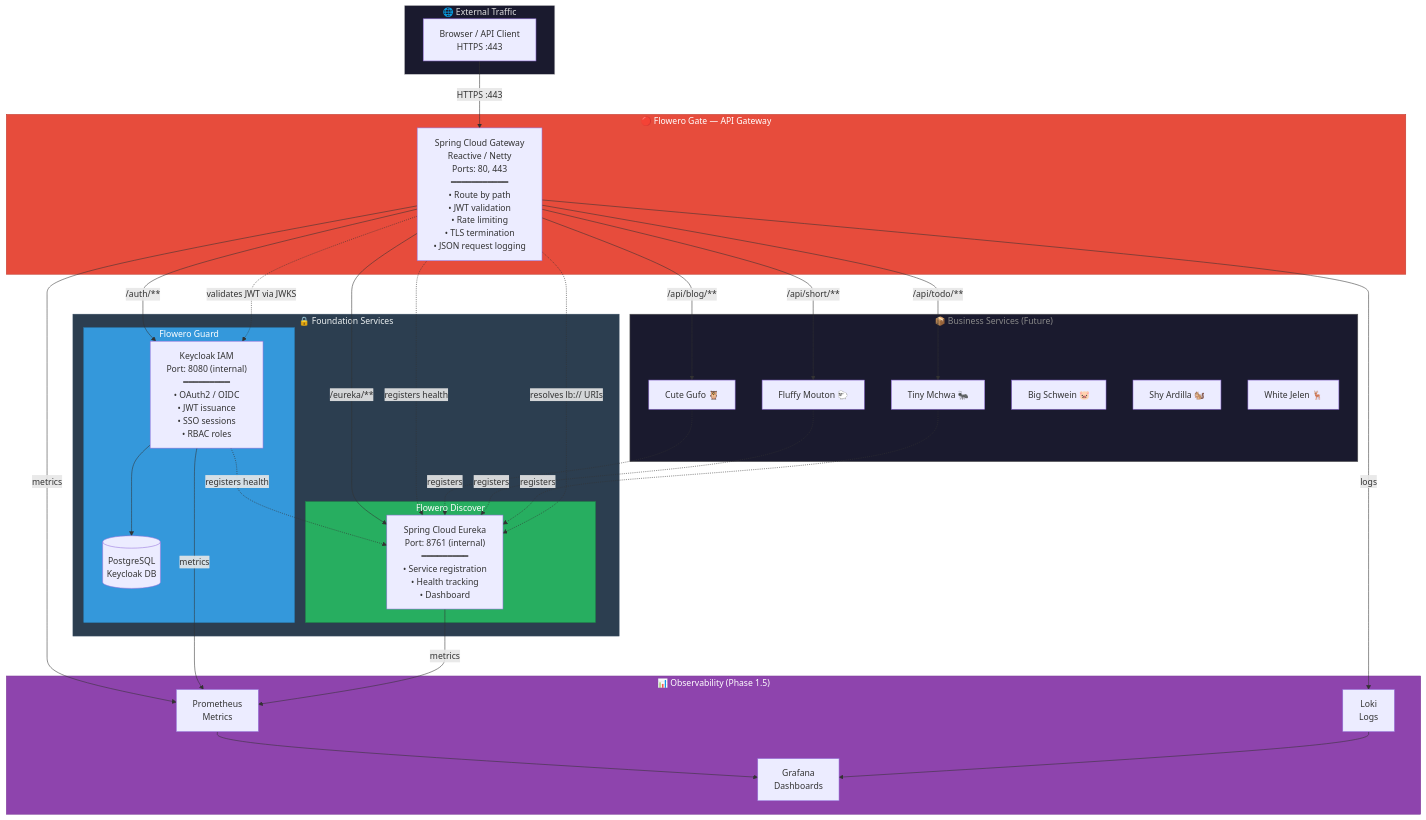
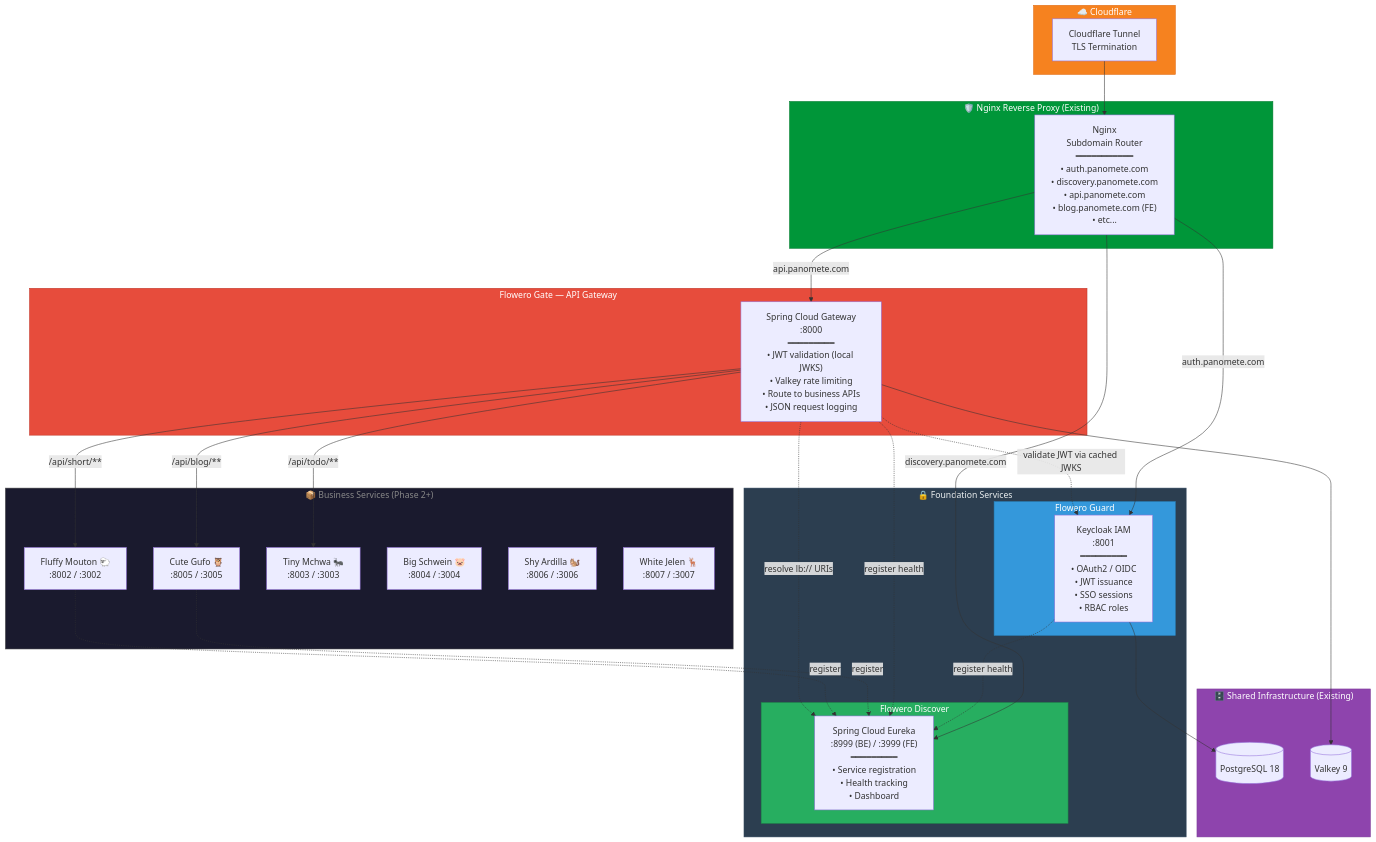
One commit to oat431/project_spec changed the first of 3 diagrams in spec/panomete_platform/02_design/025_software_architecture_document.md. Above: the diagram before and after it, drawn with Mermaid. The commit also changed other lines of this file and 12 other files, not shown here.

````diff
--- a/spec/panomete_platform/02_design/025_software_architecture_document.md
+++ b/spec/panomete_platform/02_design/025_software_architecture_document.md
@@ -81,69 +82,67 @@
 ```mermaid
 flowchart TB
-    subgraph External["🌐 External Traffic"]
-        CLIENT["Browser / API Client<br>HTTPS :443"]
+    subgraph External["☁️ Cloudflare"]
+        CF["Cloudflare Tunnel<br>TLS Termination"]
     end
 
-    subgraph Gateway["🔴 Flowero Gate — API Gateway"]
-        GATE["Spring Cloud Gateway<br>Reactive / Netty<br>Ports: 80, 443<br>━━━━━━━━━━━<br>• Route by path<br>• JWT validation<br>• Rate limiting<br>• TLS termination<br>• JSON request logging"]
+    subgraph Edge["🛡️ Nginx Reverse Proxy (Existing)"]
+        NGINX["Nginx<br>Subdomain Router<br>━━━━━━━━━━━<br>• auth.panomete.com<br>• discovery.panomete.com<br>• api.panomete.com<br>• blog.panomete.com (FE)<br>• etc..."]
     end
 
     subgraph Foundation["🔒 Foundation Services"]
         subgraph Guard["Flowero Guard"]
-            KC["Keycloak IAM<br>Port: 8080 (internal)<br>━━━━━━━━━<br>• OAuth2 / OIDC<br>• JWT issuance<br>• SSO sessions<br>• RBAC roles"]
-            KC_DB[("PostgreSQL<br>Keycloak DB")]
+            KC["Keycloak IAM<br>:8001<br>━━━━━━━━━<br>• OAuth2 / OIDC<br>• JWT issuance<br>• SSO sessions<br>• RBAC roles"]
         end
 
         subgraph Discover["Flowero Discover"]
-            EUR["Spring Cloud Eureka<br>Port: 8761 (internal)<br>━━━━━━━━━<br>• Service registration<br>• Health tracking<br>• Dashboard"]
+            EUR["Spring Cloud Eureka<br>:8999 (BE) / :3999 (FE)<br>━━━━━━━━━<br>• Service registration<br>• Health tracking<br>• Dashboard"]
         end
     end
 
-    subgraph Business["📦 Business Services (Future)"]
-        BLOG["Cute Gufo 🦉"]
-        URL["Fluffy Mouton 🐑"]
-        TODO["Tiny Mchwa 🐜"]
-        LEDGER["Big Schwein 🐷"]
-        COOK["Shy Ardilla 🐿️"]
-        HORA["White Jelen 🦌"]
+    subgraph Gateway["Flowero Gate — API Gateway"]
+        GATE["Spring Cloud Gateway<br>:8000<br>━━━━━━━━━<br>• JWT validation (local JWKS)<br>• Valkey rate limiting<br>• Route to business APIs<br>• JSON request logging"]
     end
 
-    subgraph Observability["📊 Observability (Phase 1.5)"]
-        PROM["Prometheus<br>Metrics"]
-        LOKI["Loki<br>Logs"]
-        GRAF["Grafana<br>Dashboards"]
+    subgraph Business["📦 Business Services (Phase 2+)"]
+        BLOG["Cute Gufo 🦉<br>:8005 / :3005"]
+        URL["Fluffy Mouton 🐑<br>:8002 / :3002"]
+        TODO["Tiny Mchwa 🐜<br>:8003 / :3003"]
+        LEDGER["Big Schwein 🐷<br>:8004 / :3004"]
+        COOK["Shy Ardilla 🐿️<br>:8006 / :3006"]
+        HORA["White Jelen 🦌<br>:8007 / :3007"]
     end
 
-    CLIENT -->|"HTTPS :443"| GATE
-    GATE -->|"/auth/**"| KC
-    GATE -->|"/eureka/**"| EUR
+    subgraph Infra["🗄️ Shared Infrastructure (Existing)"]
+        PG[("PostgreSQL 18")]
+        VK[("Valkey 9")]
+    end
+
+    CF --> NGINX
+    NGINX -->|"auth.panomete.com"| KC
+    NGINX -->|"discovery.panomete.com"| EUR
+    NGINX -->|"api.panomete.com"| GATE
+
     GATE -->|"/api/blog/**"| BLOG
     GATE -->|"/api/short/**"| URL
     GATE -->|"/api/todo/**"| TODO
 
-    KC --> KC_DB
+    KC --> PG
+    GATE --> VK
 
-    KC -.->|"registers health"| EUR
-    GATE -.->|"registers health"| EUR
-    BLOG -.->|"registers"| EUR
-    URL -.->|"registers"| EUR
-    TODO -.->|"registers"| EUR
+    KC -.->|"register health"| EUR
+    GATE -.->|"register health"| EUR
+    BLOG -.->|"register"| EUR
+    URL -.->|"register"| EUR
 
-    GATE -.->|"resolves lb:// URIs"| EUR
-    GATE -.->|"validates JWT via JWKS"| KC
+    GATE -.->|"resolve lb:// URIs"| EUR
+    GATE -.->|"validate JWT via cached JWKS"| KC
 
-    GATE -->|"metrics"| PROM
-    GATE -->|"logs"| LOKI
-    KC -->|"metrics"| PROM
-    EUR -->|"metrics"| PROM
-    PROM --> GRAF
-    LOKI --> GRAF
-
-    style External fill:#1a1a2e,stroke:#e0e0e0,color:#e0e0e0
+    style External fill:#f6821f,stroke:#e06a10,color:#fff
+    style Edge fill:#009639,stroke:#007a2e,color:#fff
+    style Foundation fill:#2c3e50,stroke:#34495e,color:#ecf0f1
     style Gateway fill:#e74c3c,stroke:#c0392b,color:#fff
-    style Foundation fill:#2c3e50,stroke:#34495e,color:#ecf0f1
+    style Business fill:#1a1a2e,stroke:#555,color:#888
+    style Infra fill:#8e44ad,stroke:#7d3c98,color:#fff
     style Guard fill:#3498db,stroke:#2980b9,color:#fff
     style Discover fill:#27ae60,stroke:#1e8449,color:#fff
-    style Business fill:#1a1a2e,stroke:#555,color:#888
-    style Observability fill:#8e44ad,stroke:#7d3c98,color:#fff
 ```
````
